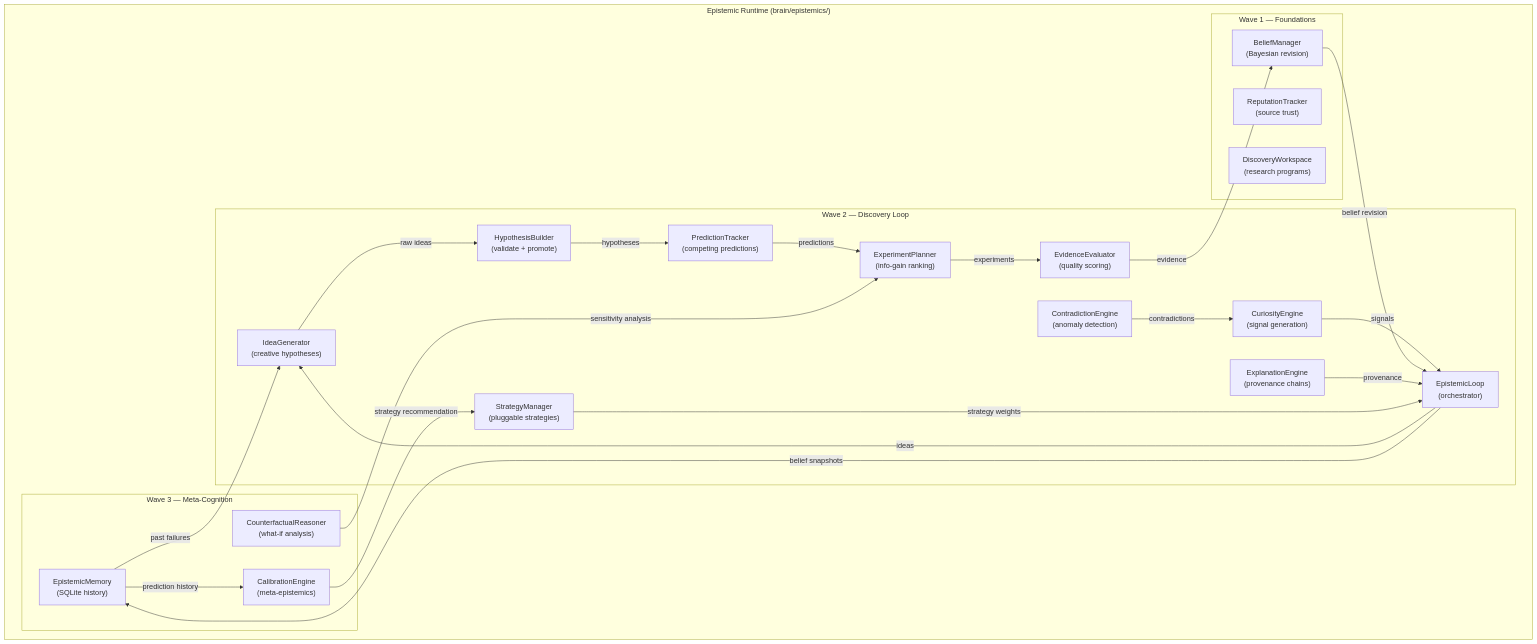
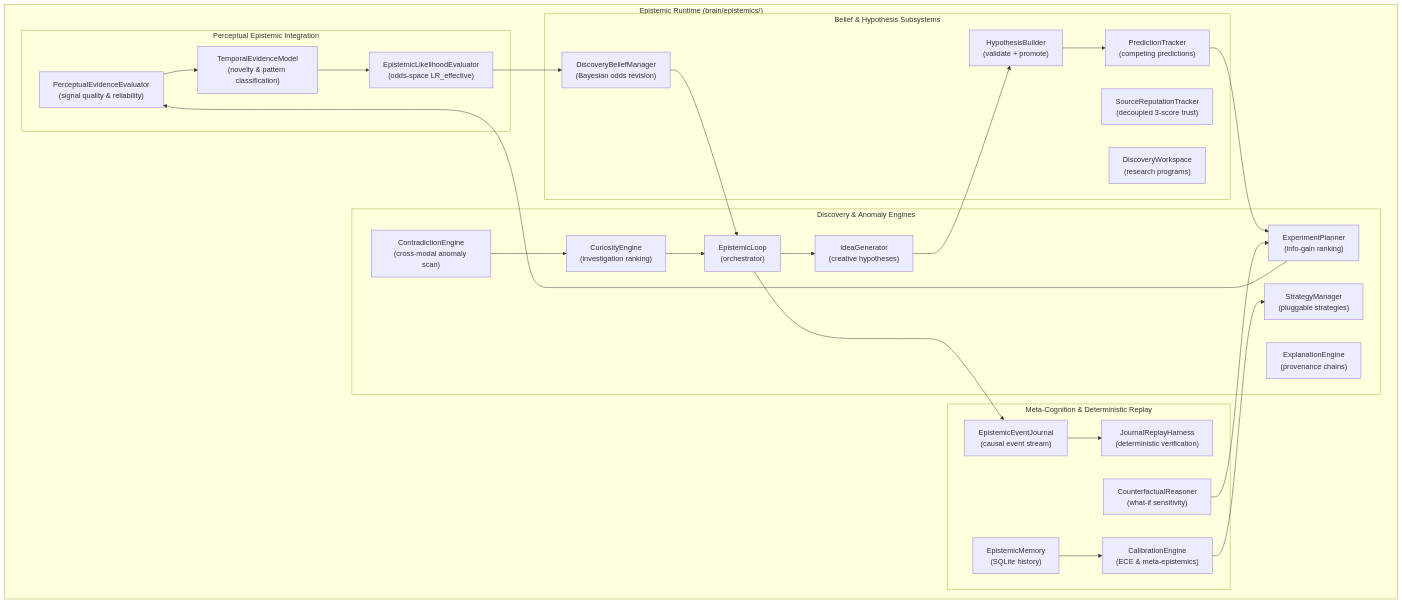
The diagram in docs/architecture/epistemics.md (HBLLM/hbllm-core), drawn with Mermaid before and after one commit. The commit also changed other lines of this file and 39 other files, not shown here.

Commit message:
feat(epistemics): implement Wave A11 epistemic scalability, temporal deduplication, deterministic replay, and reputation decoupling

````diff
--- a/docs/architecture/epistemics.md
+++ b/docs/architecture/epistemics.md
@@ -56,48 +140,55 @@
 ```mermaid
 graph TB
     subgraph "Epistemic Runtime (brain/epistemics/)"
-        subgraph "Wave 1 — Foundations"
-            BM["BeliefManager\n(Bayesian revision)"]
-            REP["ReputationTracker\n(source trust)"]
-            WS["DiscoveryWorkspace\n(research programs)"]
+        subgraph "Perceptual Epistemic Integration"
+            PEE["PerceptualEvidenceEvaluator\n(signal quality & reliability)"]
+            TEM["TemporalEvidenceModel\n(novelty & pattern classification)"]
+            ELE["EpistemicLikelihoodEvaluator\n(odds-space LR_effective)"]
         end
 
-        subgraph "Wave 2 — Discovery Loop"
-            CUR["CuriosityEngine\n(signal generation)"]
-            IG["IdeaGenerator\n(creative hypotheses)"]
+        subgraph "Belief & Hypothesis Subsystems"
+            BM["DiscoveryBeliefManager\n(Bayesian odds revision)"]
+            REP["SourceReputationTracker\n(decoupled 3-score trust)"]
+            WS["DiscoveryWorkspace\n(research programs)"]
             HB["HypothesisBuilder\n(validate + promote)"]
             PT["PredictionTracker\n(competing predictions)"]
+        end
+
+        subgraph "Discovery & Anomaly Engines"
+            CUR["CuriosityEngine\n(investigation ranking)"]
+            IG["IdeaGenerator\n(creative hypotheses)"]
             EP["ExperimentPlanner\n(info-gain ranking)"]
-            EE["EvidenceEvaluator\n(quality scoring)"]
-            CE["ContradictionEngine\n(anomaly detection)"]
+            CE["ContradictionEngine\n(cross-modal anomaly scan)"]
             EX["ExplanationEngine\n(provenance chains)"]
             RS["StrategyManager\n(pluggable strategies)"]
             LOOP["EpistemicLoop\n(orchestrator)"]
         end
 
-        subgraph "Wave 3 — Meta-Cognition"
+        subgraph "Meta-Cognition & Deterministic Replay"
             MEM["EpistemicMemory\n(SQLite history)"]
-            CAL["CalibrationEngine\n(meta-epistemics)"]
-            CF["CounterfactualReasoner\n(what-if analysis)"]
+            CAL["CalibrationEngine\n(ECE & meta-epistemics)"]
+            CF["CounterfactualReasoner\n(what-if sensitivity)"]
+            JRN["EpistemicEventJournal\n(causal event stream)"]
+            RPL["JournalReplayHarness\n(deterministic verification)"]
         end
     end
 
-    CUR -->|signals| LOOP
-    LOOP -->|ideas| IG
-    IG -->|raw ideas| HB
-    HB -->|hypotheses| PT
-    PT -->|predictions| EP
-    EP -->|experiments| EE
-    EE -->|evidence| BM
-    BM -->|belief revision| LOOP
+    PEE --> TEM
+    TEM --> ELE
+    ELE --> BM
+    BM --> LOOP
 
-    CE -->|contradictions| CUR
-    EX -->|provenance| LOOP
-    RS -->|strategy weights| LOOP
+    CUR --> LOOP
+    LOOP --> IG
+    IG --> HB
+    HB --> PT
+    PT --> EP
+    EP --> PEE
+    CE --> CUR
 
-    MEM -->|past failures| IG
-    MEM -->|prediction history| CAL
-    CAL -->|strategy recommendation| RS
-    CF -->|sensitivity analysis| EP
-    LOOP -->|belief snapshots| MEM
+    LOOP --> JRN
+    JRN --> RPL
+    MEM --> CAL
+    CAL --> RS
+    CF --> EP
 ```
````
